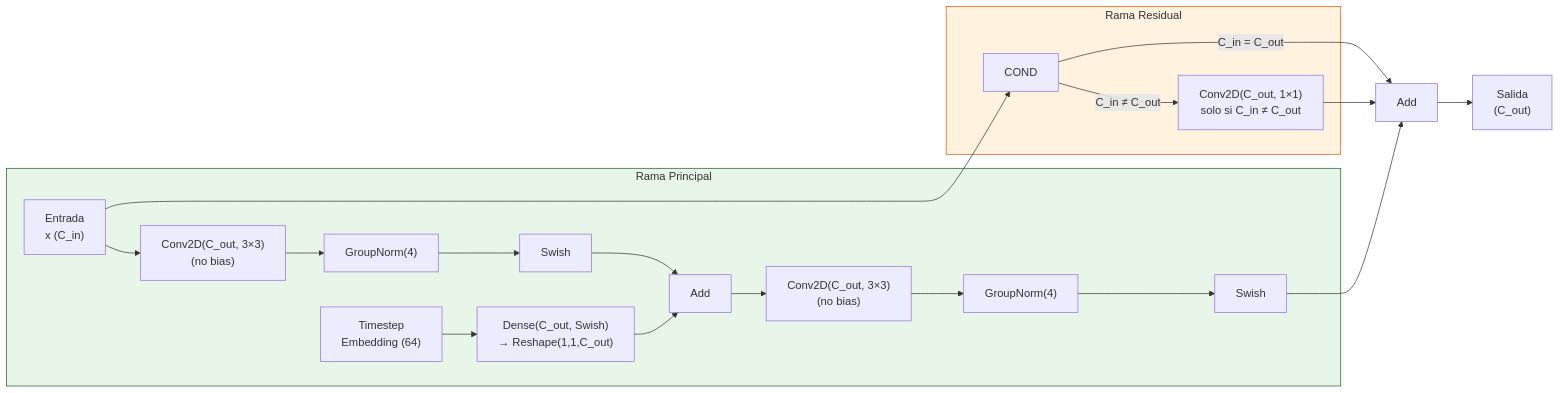
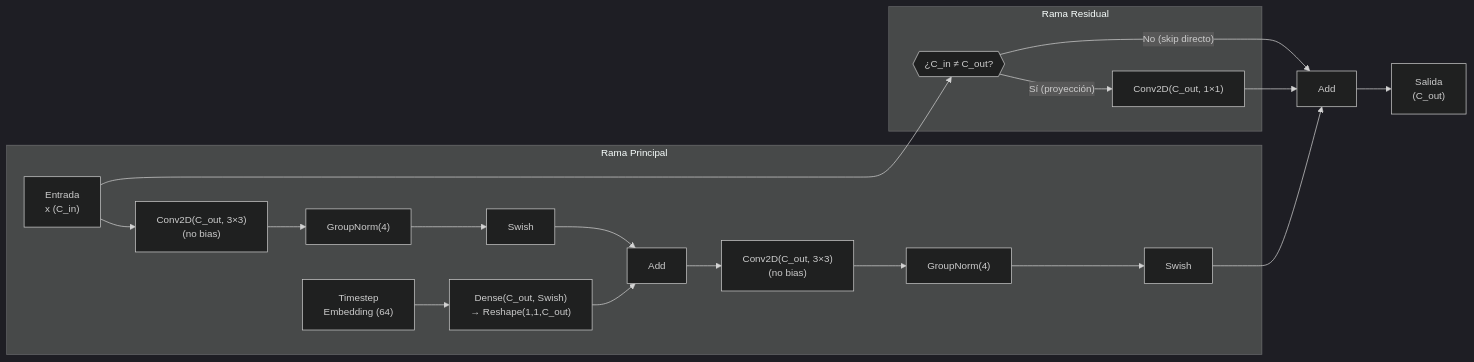
The second of 4 diagrams in doc.md (fxex/Diffusion-IA), drawn with Mermaid before and after one commit. The commit also changed other lines of this file, not shown here.

````diff
--- a/doc.md
+++ b/doc.md
@@ -75,34 +68,32 @@
 ```mermaid
+%%{init: {'theme': 'dark', 'themeVariables': { 'fontSize': '14px' }}}%%
 graph LR
     X["Entrada\nx (C_in)"]
     T["Timestep\nEmbedding (64)"]
 
     subgraph Branch1["Rama Principal"]
         C1["Conv2D(C_out, 3×3)\n(no bias)"]
         GN1["GroupNorm(4)"]
         S1["Swish"]
         TD["Dense(C_out, Swish)\n→ Reshape(1,1,C_out)"]
         AD1["Add"]
         C2["Conv2D(C_out, 3×3)\n(no bias)"]
         GN2["GroupNorm(4)"]
         S2["Swish"]
 
         X --> C1 --> GN1 --> S1 --> AD1 --> C2 --> GN2 --> S2
         T --> TD --> AD1
     end
 
     subgraph Branch2["Rama Residual"]
-        COND
-        CV1["Conv2D(C_out, 1×1)\nsolo si C_in ≠ C_out"]
+        COND{{"¿C_in ≠ C_out?"}}
+        CV1["Conv2D(C_out, 1×1)"]
     end
 
     X --> COND
-    COND -->|"C_in = C_out"| AD2["Add"]
-    COND -->|"C_in ≠ C_out"| CV1 --> AD2
+    COND -->|"No (skip directo)"| AD2["Add"]
+    COND -->|"Sí (proyección)"| CV1 --> AD2
 
     S2 --> AD2
     AD2 --> Y["Salida\n(C_out)"]
-
-    style Branch1 fill:#e8f5e9,stroke:#1b5e20
-    style Branch2 fill:#fff3e0,stroke:#e65100
 ```
````
